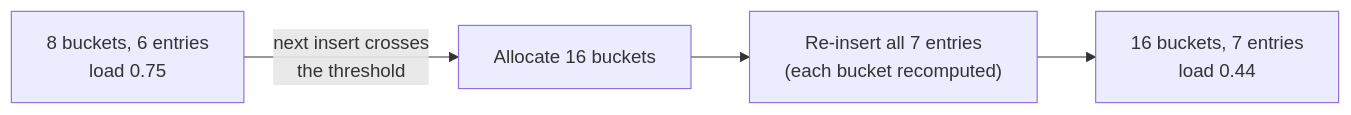
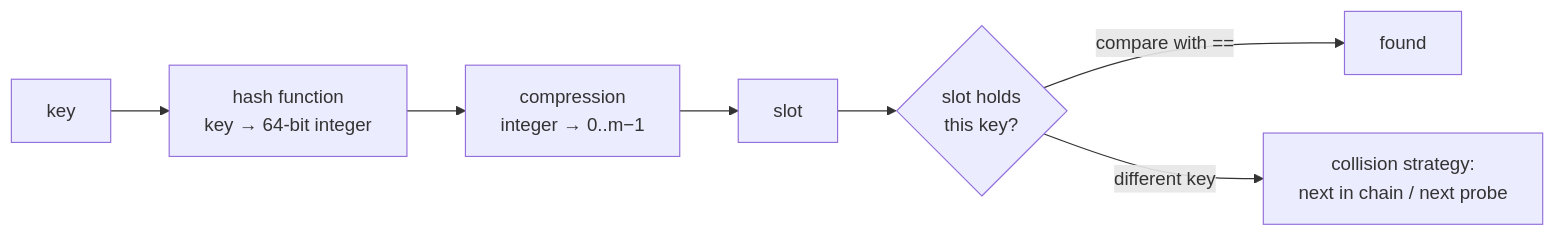
Before and after one commit to IhebBelhadj/second_brain: the diagram in Areas/Data structures and algorithms/Data structures/Hash table.md, drawn with Mermaid. The commit also changed other lines of this file and 9 other files, not shown here.

````diff
--- a/Areas/Data structures and algorithms/Data structures/Hash table.md
+++ b/Areas/Data structures and algorithms/Data structures/Hash table.md
@@ -62,6 +16,7 @@
 ```mermaid
 flowchart LR
-    A["8 buckets, 6 entries<br/>load 0.75"] -- "next insert crosses<br/>the threshold" --> B["Allocate 16 buckets"]
-    B --> C["Re-insert all 7 entries<br/>(each bucket recomputed)"]
-    C --> D["16 buckets, 7 entries<br/>load 0.44"]
+    K["key"] --> H["hash function<br/>key → 64-bit integer"] --> C["compression<br/>integer → 0..m−1"] --> S["slot"]
+    S --> E{"slot holds<br/>this key?"}
+    E -- "compare with ==" --> F["found"]
+    E -- "different key" --> R["collision strategy:<br/>next in chain / next probe"]
 ```
````
